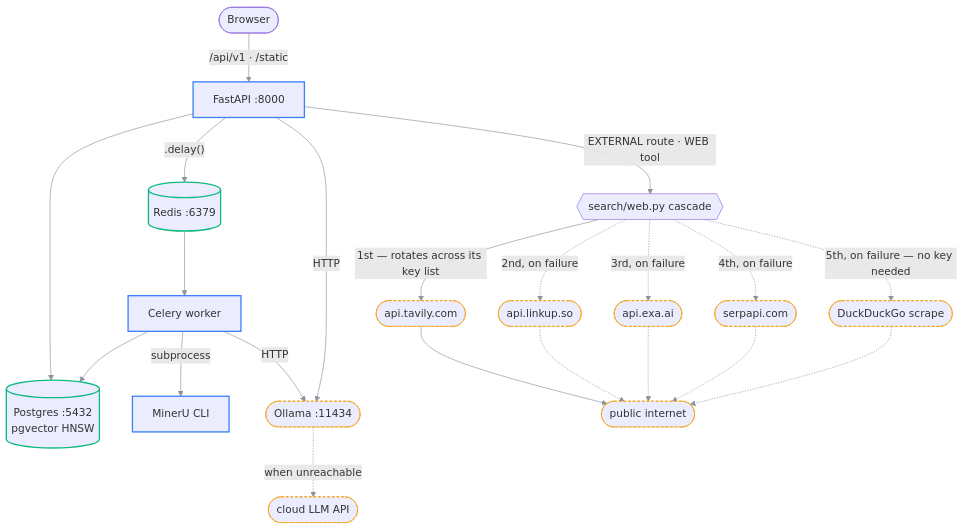
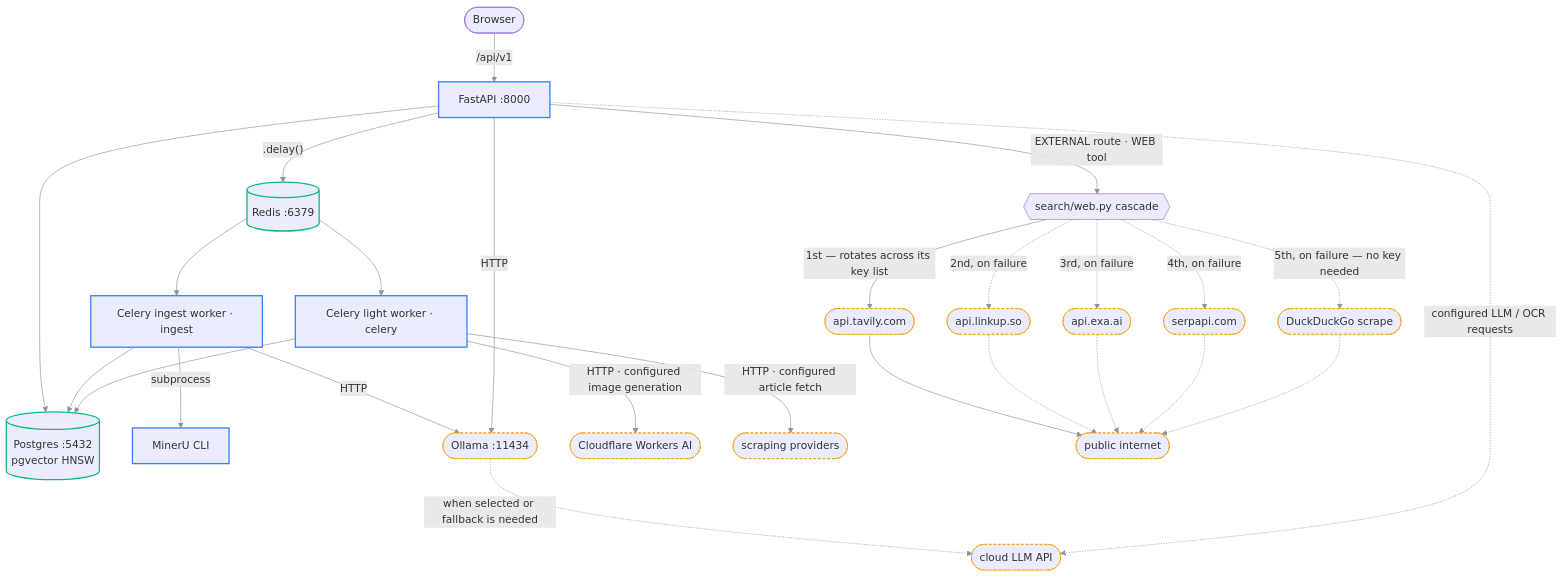
Before and after one commit to Khaled-Saleh-KL1/9XAIPal: the diagram in docs/01-orientation/runtime-topology.md, drawn with Mermaid. The commit also changed other lines of this file and 33 other files, not shown here.

````diff
--- a/docs/01-orientation/runtime-topology.md
+++ b/docs/01-orientation/runtime-topology.md
@@ -94,31 +91,36 @@
 ```mermaid
 %%{init: {'themeVariables': {'fontFamily': 'ui-monospace, SFMono-Regular, Menlo, monospace', 'lineColor': '#8b949e'}}}%%
 flowchart TD
-    B([Browser]) -->|"/api/v1 · /static"| API[FastAPI :8000]
+    B([Browser]) -->|"/api/v1"| API[FastAPI :8000]
     API --> PG[(Postgres :5432<br/>pgvector HNSW)]
     API -->|".delay()"| RD[(Redis :6379)]
-    RD --> W[Celery worker]
-    W --> PG
-    W -->|subprocess| MU[MinerU CLI]
-    W -->|HTTP| OL([Ollama :11434])
+    RD --> WI["Celery ingest worker · ingest"]
+    RD --> WL["Celery light worker · celery"]
+    WI --> PG
+    WL --> PG
+    WI -->|subprocess| MU[MinerU CLI]
+    WI -->|HTTP| OL([Ollama :11434])
+    WL -->|HTTP · configured image generation| CF([Cloudflare Workers AI])
+    WL -->|HTTP · configured article fetch| SCRAPE([scraping providers])
     API -->|HTTP| OL
     API -->|"EXTERNAL route · WEB tool"| SX{{"search/web.py cascade"}}
     SX -->|"1st — rotates across its key list"| TV([api.tavily.com])
     SX -.->|"2nd, on failure"| LK([api.linkup.so])
     SX -.->|"3rd, on failure"| EX([api.exa.ai])
     SX -.->|"4th, on failure"| SP([serpapi.com])
     SX -.->|"5th, on failure — no key needed"| DDG([DuckDuckGo scrape])
-    OL -.->|"when unreachable"| CLOUD([cloud LLM API])
+    OL -.->|"when selected or fallback is needed"| CLOUD([cloud LLM API])
+    API -.->|"configured LLM / OCR requests"| CLOUD
     TV --> NET([public internet])
     LK -.-> NET
     EX -.-> NET
     SP -.-> NET
     DDG -.-> NET
 
     classDef owned stroke:#3b82f6,stroke-width:2px
     classDef store stroke:#10b981,stroke-width:2px
     classDef ext stroke:#f59e0b,stroke-dasharray:4 3
-    class API,W,MU owned
+    class API,WI,WL,MU owned
     class PG,RD store
-    class OL,TV,LK,EX,SP,DDG,CLOUD,NET ext
+    class OL,TV,LK,EX,SP,DDG,CLOUD,CF,SCRAPE,NET ext
 ```
````
